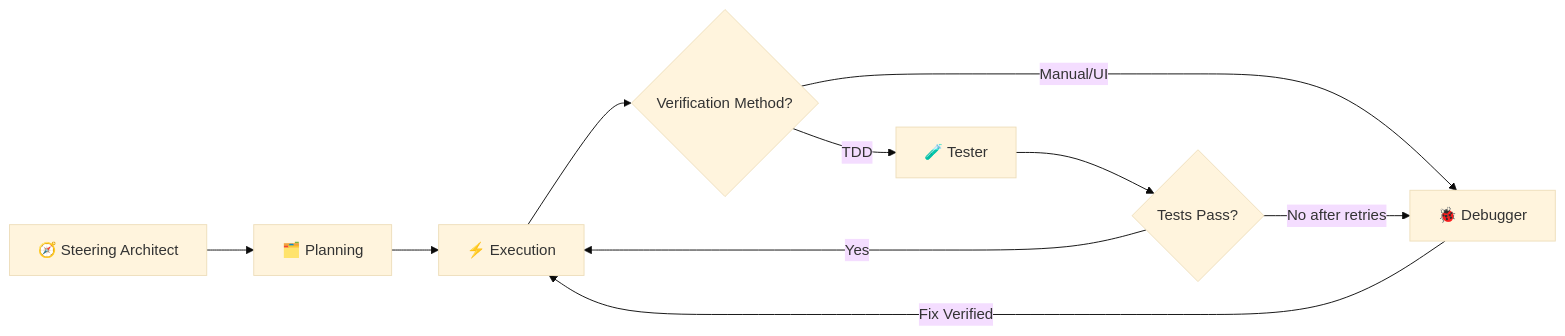
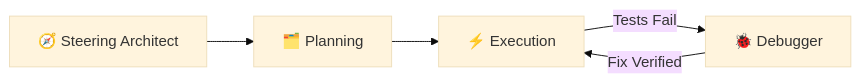
Before and after one commit to jackyko1991/Spec-Driven-Development: the diagram in README.md, drawn with Mermaid (base theme). The commit also changed other lines of this file and 7 other files, not shown here.

````diff
--- a/README.md
+++ b/README.md
@@ -36,12 +34,7 @@
 ```mermaid
 graph LR
     A[🧭 Steering Architect] --> B[🗂️ Planning];
     B --> C[⚡ Execution];
-    C --> D{Verification Method?};
-    D -- TDD --> E[🧪 Tester];
-    D -- Manual/UI --> F[🐞 Debugger];
-    E --> G{Tests Pass?};
-    G -- Yes --> C;
-    G -- No after retries --> F;
-    F -- Fix Verified --> C;
+    C -- Tests Fail --> D[🐞 Debugger];
+    D -- Fix Verified --> C;
 ```
````
